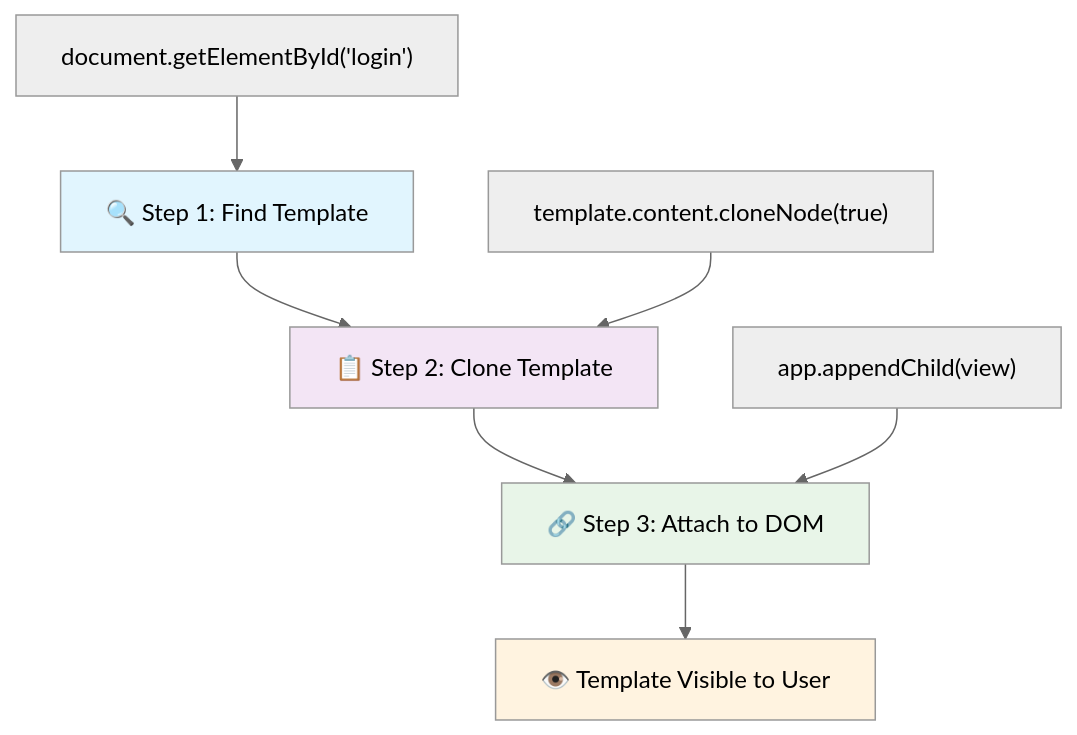
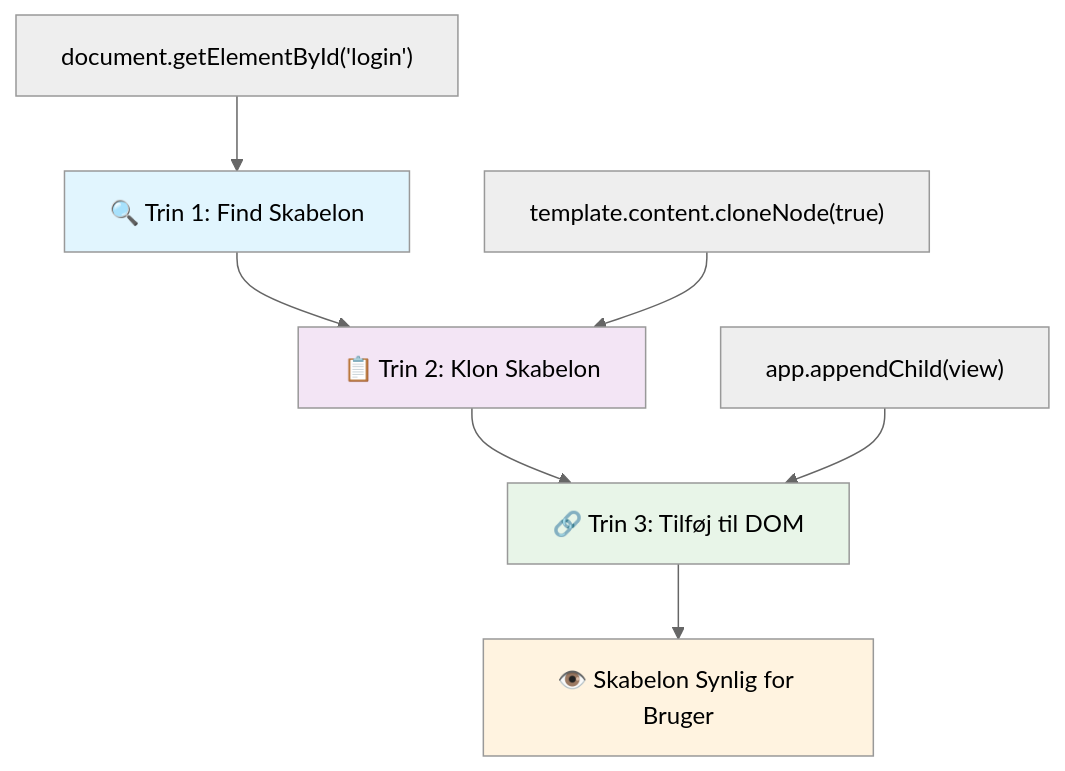
The fourth of 9 diagrams in translations/da/7-bank-project/1-template-route/README.md (microsoft/Web-Dev-For-Beginners), drawn with Mermaid (neutral theme) before and after one commit. The commit also changed other lines of this file and 41 other files, not shown here.

````diff
--- a/translations/da/7-bank-project/1-template-route/README.md
+++ b/translations/da/7-bank-project/1-template-route/README.md
@@ -192,16 +270,16 @@
 ```mermaid
 flowchart TD
-    A[🔍 Step 1: Find Template] --> B[📋 Step 2: Clone Template]
-    B --> C[🔗 Step 3: Attach to DOM]
+    A[🔍 Trin 1: Find Skabelon] --> B[📋 Trin 2: Klon Skabelon]
+    B --> C[🔗 Trin 3: Tilføj til DOM]
     
     A1["document.getElementById('login')"] --> A
     B1["template.content.cloneNode(true)"] --> B  
     C1["app.appendChild(view)"] --> C
     
-    C --> D[👁️ Template Visible to User]
+    C --> D[👁️ Skabelon Synlig for Bruger]
     
     style A fill:#e1f5fe
     style B fill:#f3e5f5
     style C fill:#e8f5e8
     style D fill:#fff3e0
 ```
````
